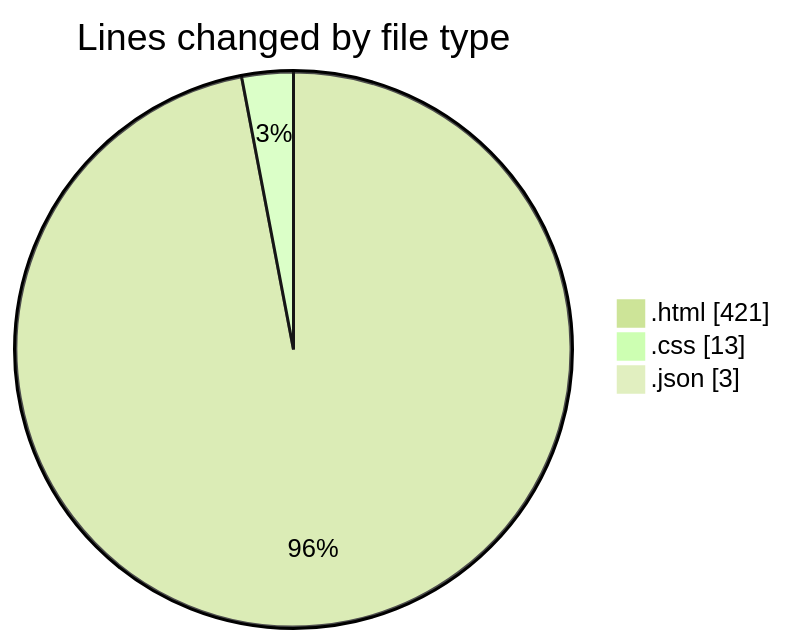
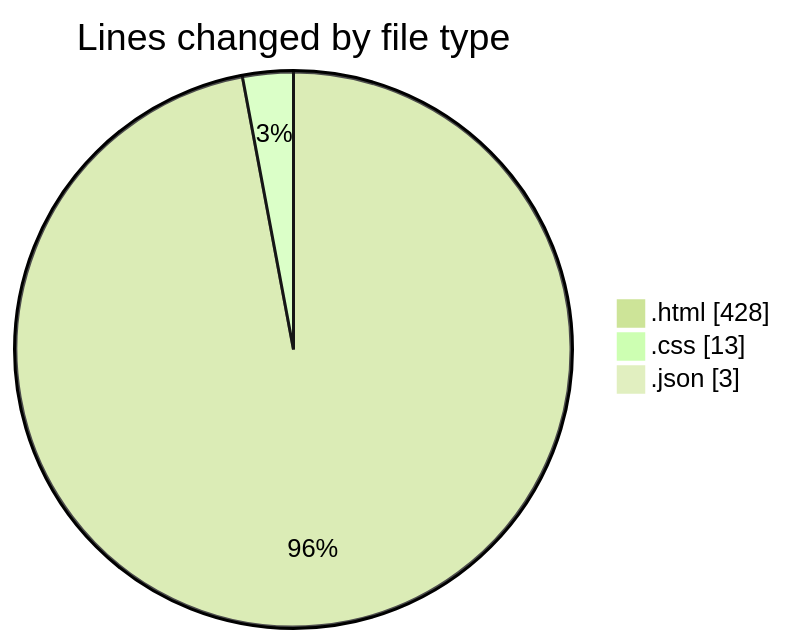
The first of 2 diagrams in 2025-12-11/technologie_web/README.md (hasnaa123/code-tracking), drawn with Mermaid (forest theme) before and after one commit. The commit also changed other lines of this file and 1 other file, not shown here.

````diff
--- a/2025-12-11/technologie_web/README.md
+++ b/2025-12-11/technologie_web/README.md
@@ -23,7 +23,7 @@
 ```mermaid
 pie showData
 title Lines changed by file type
-".html" : 421
+".html" : 428
 ".css" : 13
 ".json" : 3
 ```
````
